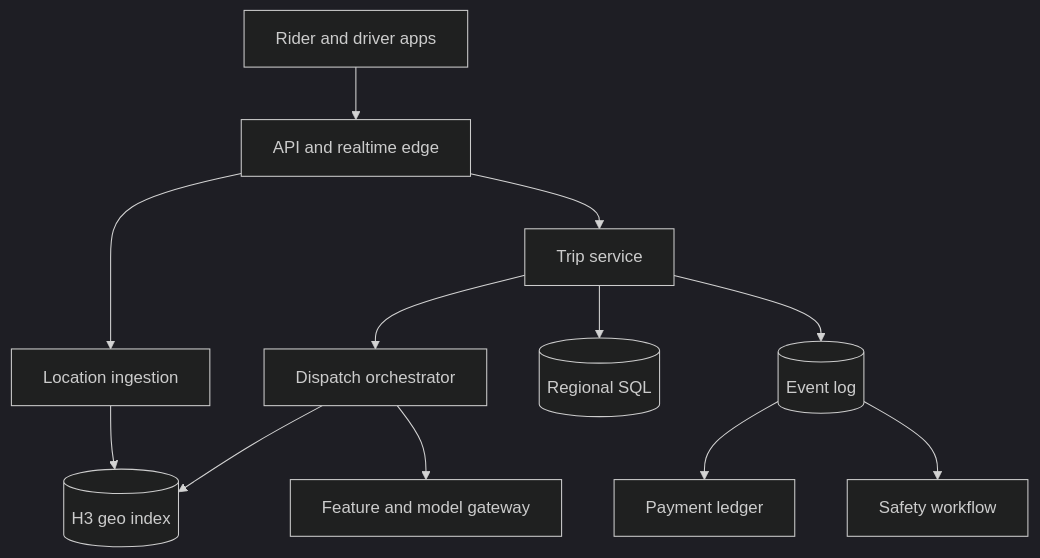
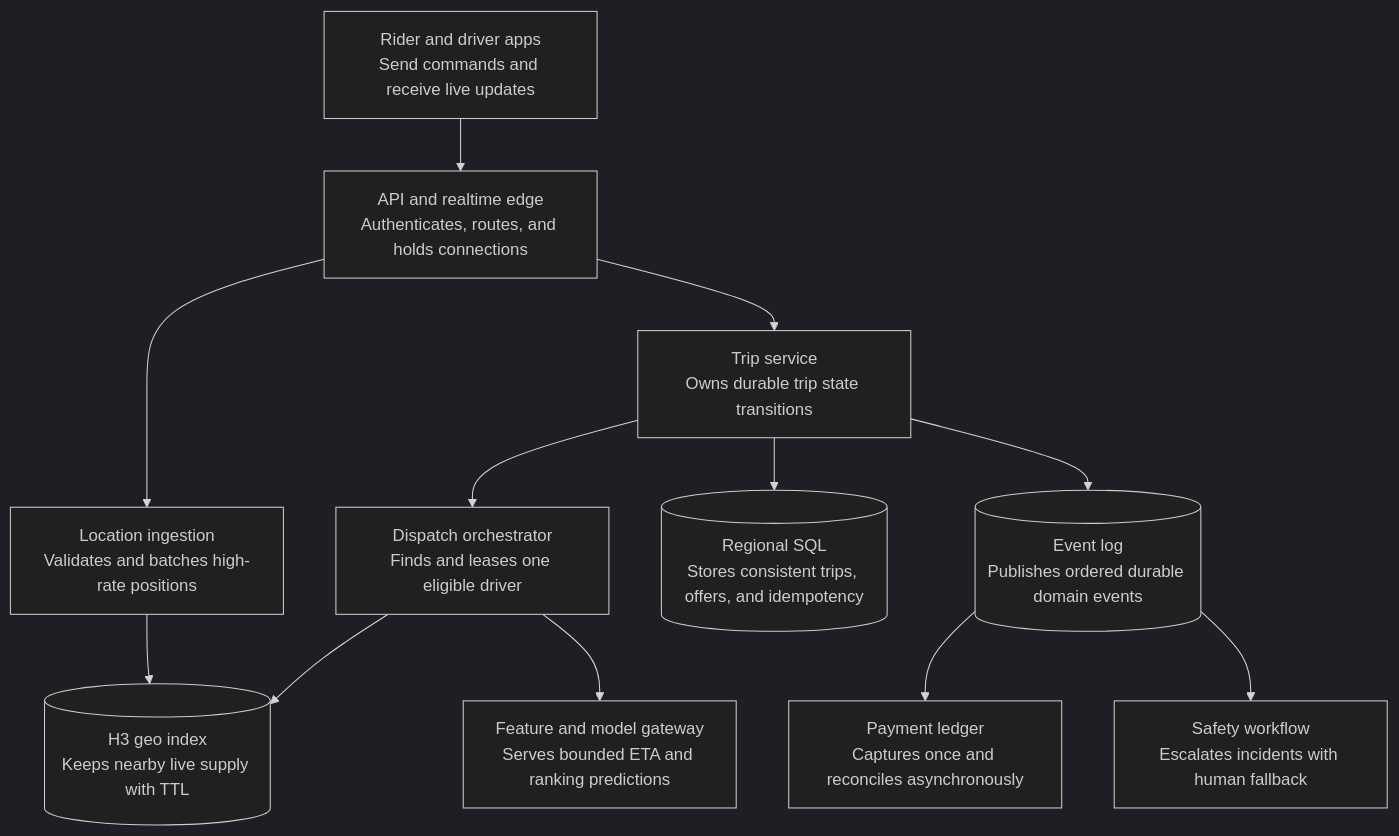
One commit to navaidya/learning changed the second of 5 diagrams in content/system-design/01-ai-native-mobility-marketplace.md. Above: the diagram before and after it, drawn with Mermaid (dark theme). The commit also changed other lines of this file, not shown here.

Commit message:
content: clarify mobility requirements and diagrams

````diff
--- a/content/system-design/01-ai-native-mobility-marketplace.md
+++ b/content/system-design/01-ai-native-mobility-marketplace.md
@@ -47,16 +82,16 @@
 ```mermaid
 flowchart TB
   accTitle: Mobility marketplace container architecture
   accDescr: API, trip, location, dispatch, model, event, payment, and safety components are separated by consistency and latency needs.
-  Apps[Rider and driver apps] --> Edge[API and realtime edge]
-  Edge --> Trip[Trip service]
-  Edge --> Location[Location ingestion]
-  Trip --> Dispatch[Dispatch orchestrator]
-  Location --> Geo[(H3 geo index)]
+  Apps["Rider and driver apps<br/>Send commands and receive live updates"] --> Edge["API and realtime edge<br/>Authenticates, routes, and holds connections"]
+  Edge --> Trip["Trip service<br/>Owns durable trip state transitions"]
+  Edge --> Location["Location ingestion<br/>Validates and batches high-rate positions"]
+  Trip --> Dispatch["Dispatch orchestrator<br/>Finds and leases one eligible driver"]
+  Location --> Geo[("H3 geo index<br/>Keeps nearby live supply with TTL")]
   Dispatch --> Geo
-  Dispatch --> Models[Feature and model gateway]
-  Trip --> SQL[(Regional SQL)]
-  Trip --> Bus[(Event log)]
-  Bus --> Payment[Payment ledger]
-  Bus --> Safety[Safety workflow]
+  Dispatch --> Models["Feature and model gateway<br/>Serves bounded ETA and ranking predictions"]
+  Trip --> SQL[("Regional SQL<br/>Stores consistent trips, offers, and idempotency")]
+  Trip --> Bus[("Event log<br/>Publishes ordered durable domain events")]
+  Bus --> Payment["Payment ledger<br/>Captures once and reconciles asynchronously"]
+  Bus --> Safety["Safety workflow<br/>Escalates incidents with human fallback"]
 ```
````
